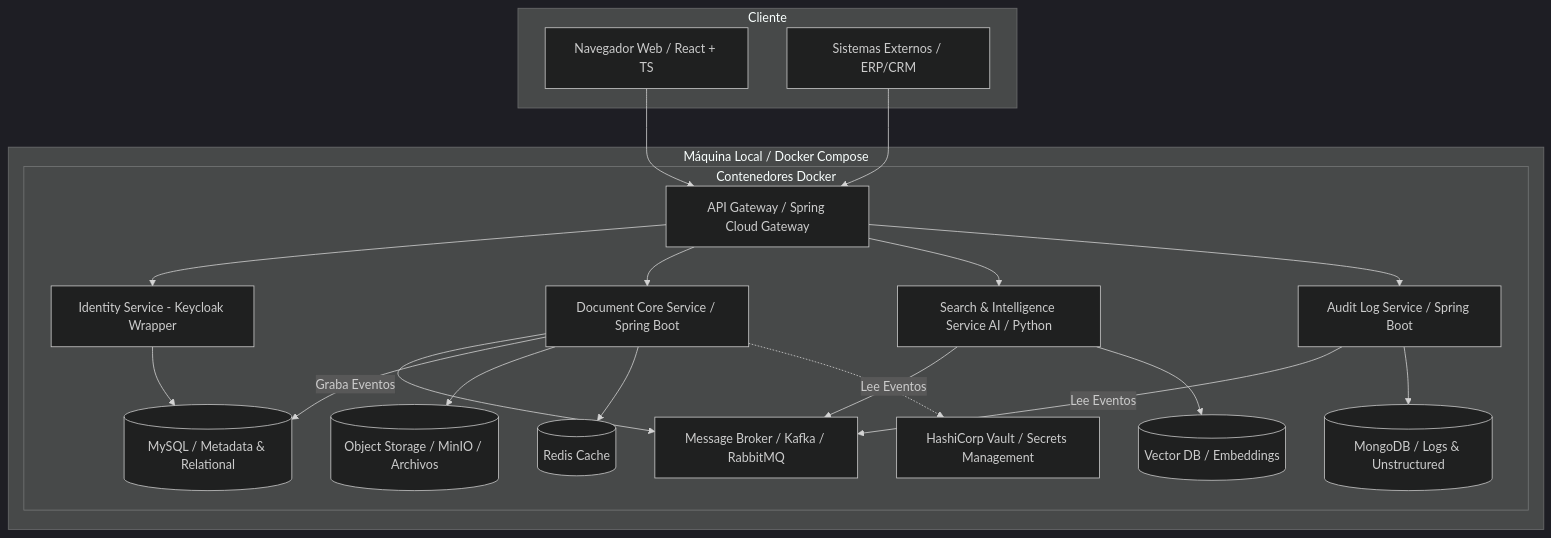
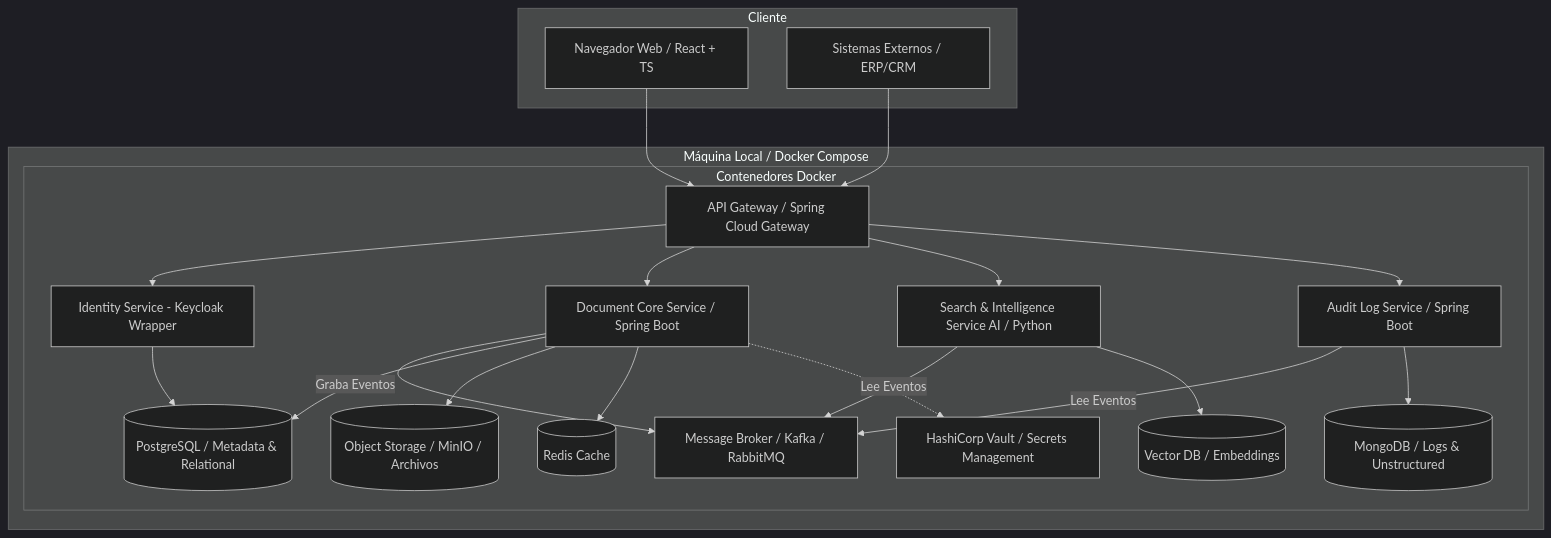
One commit to EDGUR-DEVELOPER/AI4Devs-finalproject-EGR changed the third of 6 diagrams in README.md. Above: the diagram before and after it, drawn with Mermaid (dark theme). The commit also changed other lines of this file and 1 other file, not shown here.

Commit message:
Actualizar README.md y prompts.md: cambiar MySQL a PostgreSQL en la documentación y añadir nuevas secciones sobre diseño de base de datos, validación técnica y especificación de API.

````diff
--- a/README.md
+++ b/README.md
@@ -161,56 +161,56 @@
 ```mermaid
 graph TD
     subgraph Client_Side [Cliente]
         Browser[Navegador Web / React + TS]
         ExternalSys[Sistemas Externos / ERP/CRM]
     end
 
     subgraph Local_Host [Máquina Local / Docker Compose]
         subgraph Containers [Contenedores Docker]
             APIG[API Gateway / Spring Cloud Gateway]
             
             %% Microservicios Core
             IAM[Identity Service - Keycloak Wrapper]
             DocCore[Document Core Service / Spring Boot]
             SearchAI[Search & Intelligence Service AI / Python]
             Audit[Audit Log Service / Spring Boot]
             
             %% Persistencia y Caché Local
             Redis[(Redis Cache)]
-            SQL[(MySQL / Metadata & Relational)]
+            SQL[(PostgreSQL / Metadata & Relational)]
             NoSQL[(MongoDB / Logs & Unstructured)]
             VectorDB[(Vector DB / Embeddings)]
             
             %% Servicios de Infraestructura Local
             MinIO[(Object Storage / MinIO / Archivos)]
             Kafka[Message Broker / Kafka / RabbitMQ]
             Vault[HashiCorp Vault / Secrets Management]
         end
     end
 
     %% Conexiones
     Browser --> APIG
     ExternalSys --> APIG
     
     APIG --> IAM
     APIG --> DocCore
     APIG --> SearchAI
     APIG --> Audit
 
     %% Interacciones Internas
     DocCore -- Graba Eventos --> Kafka
     SearchAI -- Lee Eventos --> Kafka
     Audit -- Lee Eventos --> Kafka
 
     DocCore --> SQL
     DocCore --> MinIO
     DocCore --> Redis
     
     SearchAI --> VectorDB
     Audit --> NoSQL
     
     IAM --> SQL
     
     %% Gestión de Secretos
     DocCore -.-> Vault
 ```
````
